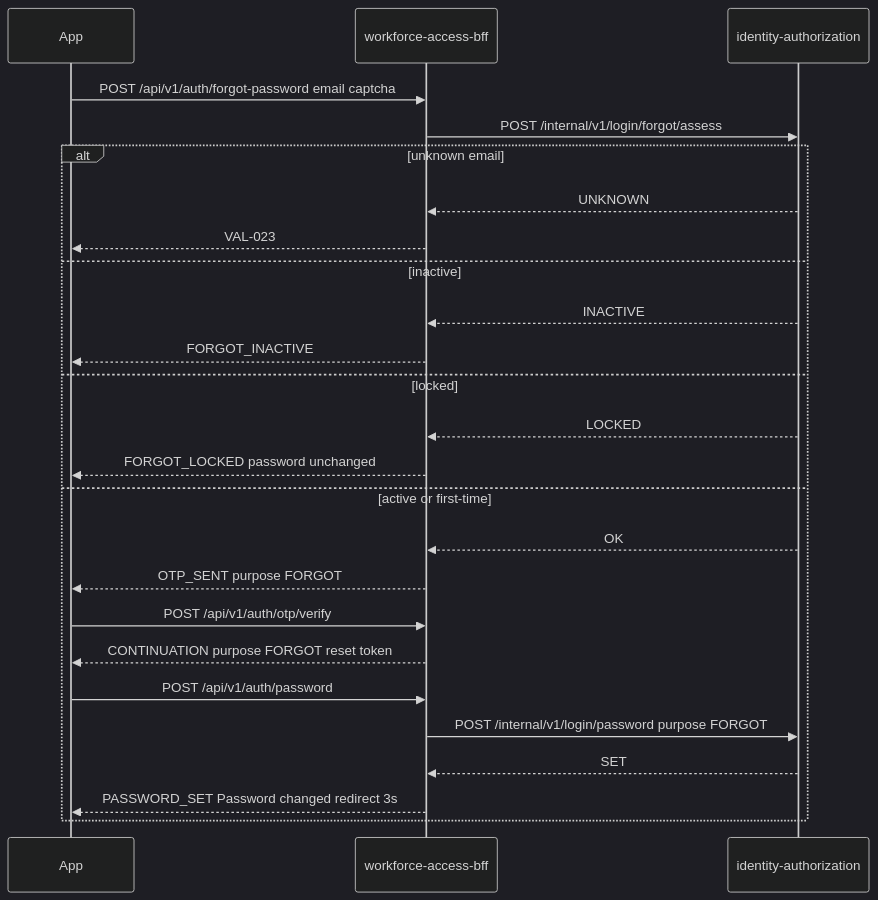
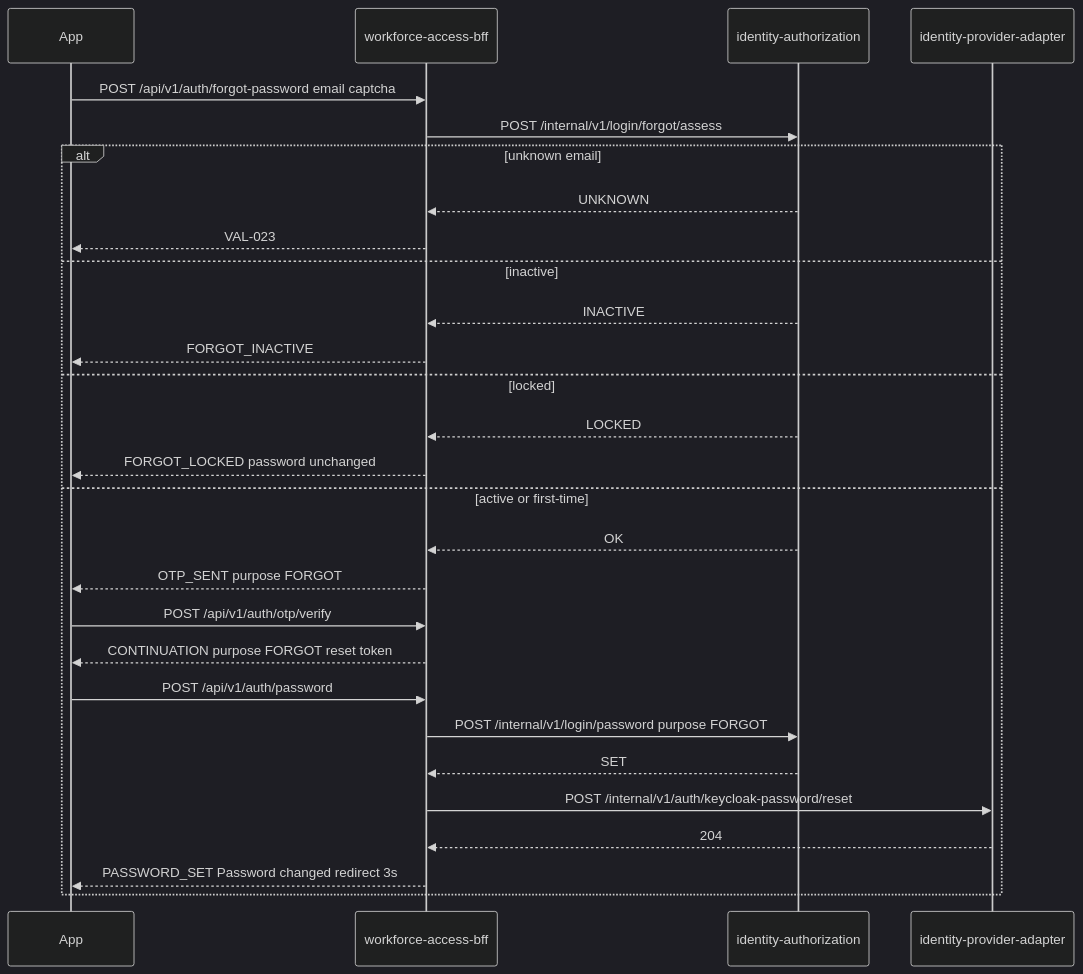
One commit to Mahesh38/bank-insurance-platform changed the eighth of 8 diagrams in docs/journey-execution/flows/LOGIN-BRD-V31-API-FLOWS.md. Above: the diagram before and after it, drawn with Mermaid (dark theme). The commit also changed other lines of this file and 26 other files, not shown here.

````diff
--- a/docs/journey-execution/flows/LOGIN-BRD-V31-API-FLOWS.md
+++ b/docs/journey-execution/flows/LOGIN-BRD-V31-API-FLOWS.md
@@ -282,27 +287,30 @@
 ```mermaid
 sequenceDiagram
   participant App
   participant BFF as workforce-access-bff
   participant Authz as identity-authorization
+  participant Adp as identity-provider-adapter
   App->>BFF: POST /api/v1/auth/forgot-password email captcha
   BFF->>Authz: POST /internal/v1/login/forgot/assess
   alt unknown email
     Authz-->>BFF: UNKNOWN
     BFF-->>App: VAL-023
   else inactive
     Authz-->>BFF: INACTIVE
     BFF-->>App: FORGOT_INACTIVE
   else locked
     Authz-->>BFF: LOCKED
     BFF-->>App: FORGOT_LOCKED password unchanged
   else active or first-time
     Authz-->>BFF: OK
     BFF-->>App: OTP_SENT purpose FORGOT
     App->>BFF: POST /api/v1/auth/otp/verify
     BFF-->>App: CONTINUATION purpose FORGOT reset token
     App->>BFF: POST /api/v1/auth/password
     BFF->>Authz: POST /internal/v1/login/password purpose FORGOT
     Authz-->>BFF: SET
+    BFF->>Adp: POST /internal/v1/auth/keycloak-password/reset
+    Adp-->>BFF: 204
     BFF-->>App: PASSWORD_SET Password changed redirect 3s
   end
 ```
````
